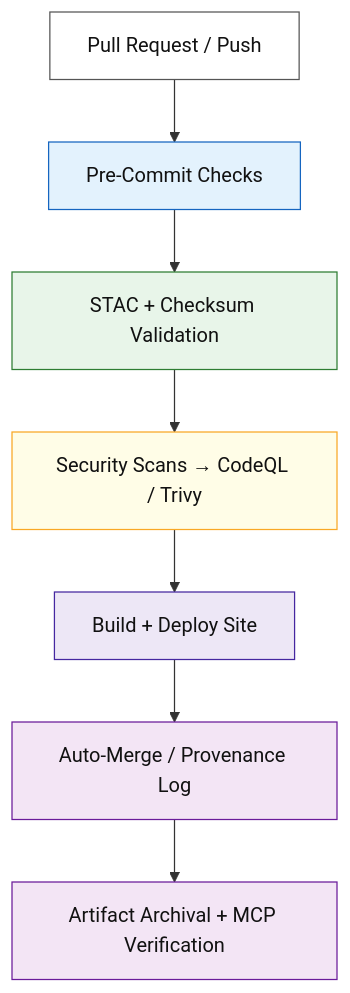
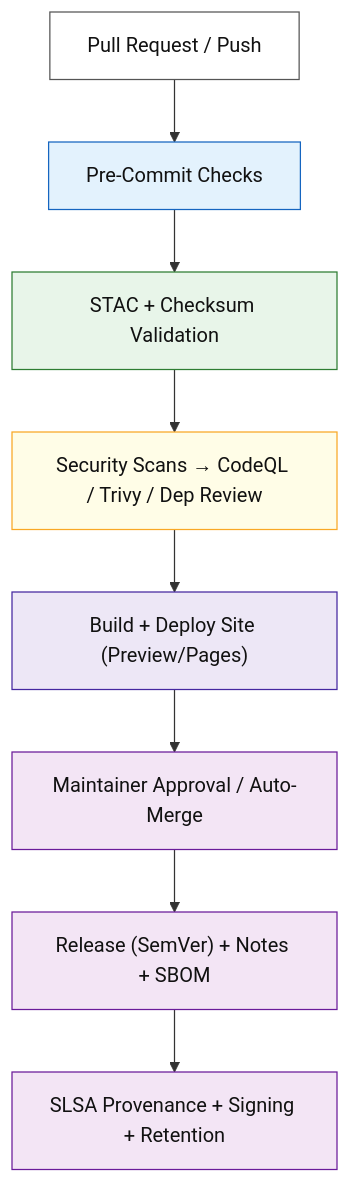
Before and after one commit to bartytime4life/Kansas-Frontier-Matrix: the diagram in .github/workflows/README.md, drawn with Mermaid. The commit also changed other lines of this file, not shown here.

````diff
--- a/.github/workflows/README.md
+++ b/.github/workflows/README.md
@@ -76,24 +93,21 @@
 ```mermaid
 flowchart TD
   A["Pull Request / Push"] --> B["Pre-Commit Checks"]
   B --> C["STAC + Checksum Validation"]
-  C --> D["Security Scans → CodeQL / Trivy"]
-  D --> E["Build + Deploy Site"]
-  E --> F["Auto-Merge / Provenance Log"]
-  F --> G["Artifact Archival + MCP Verification"]
+  C --> D["Security Scans → CodeQL / Trivy / Dep Review"]
+  D --> E["Build + Deploy Site (Preview/Pages)"]
+  E --> F["Maintainer Approval / Auto-Merge"]
+  F --> G["Release (SemVer) + Notes + SBOM"]
+  G --> H["SLSA Provenance + Signing + Retention"]
 
   classDef default fill:#fff,stroke:#555,color:#111;
   classDef lint fill:#e3f2fd,stroke:#1565c0,color:#111;
   classDef validate fill:#e8f5e9,stroke:#2e7d32,color:#111;
   classDef secure fill:#fffde7,stroke:#f9a825,color:#111;
   classDef deploy fill:#ede7f6,stroke:#4527a0,color:#111;
   classDef audit fill:#f3e5f5,stroke:#6a1b9a,color:#111;
 
-  class A default;
-  class B lint;
-  class C validate;
-  class D secure;
-  class E deploy;
-  class F,G audit;
+  class A default; class B lint; class C validate; class D secure;
+  class E deploy; class F,G,H audit;
 %% END OF MERMAID
 ```
````
